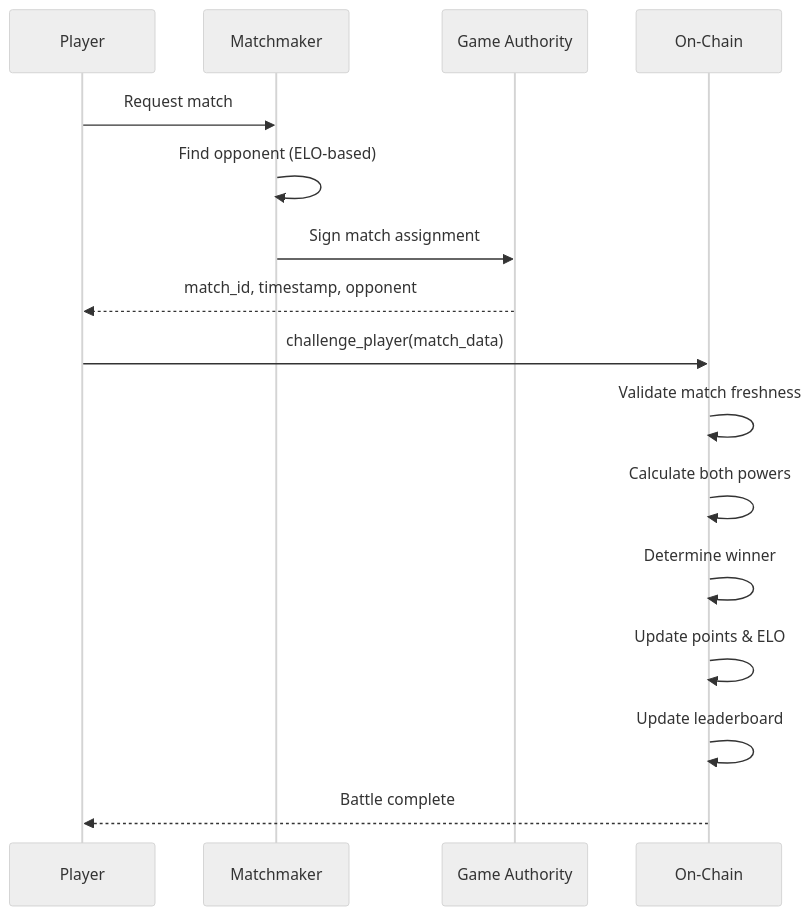
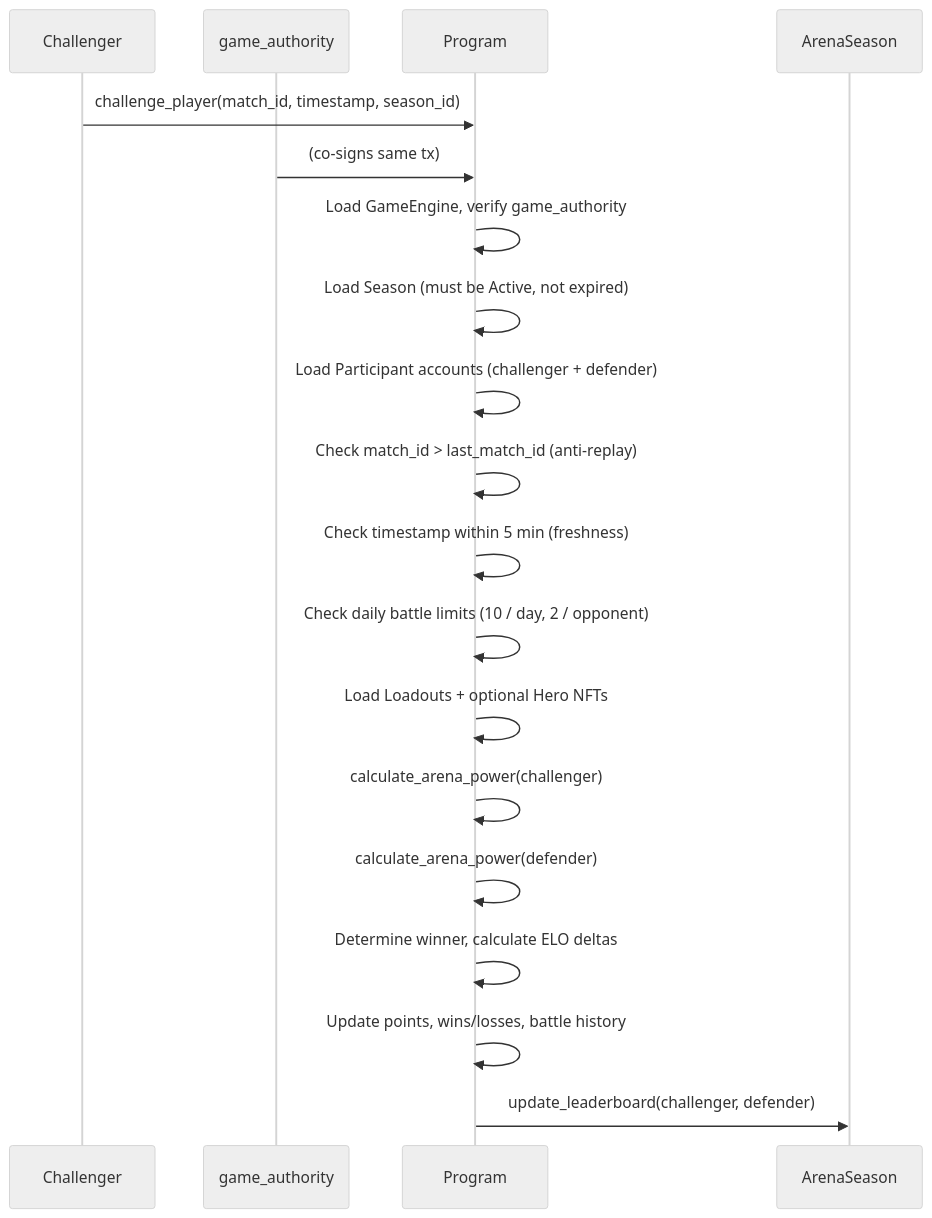
One commit to crypt0miester/novus-mundus changed the fifth of 5 diagrams in docs/onchain/04-systems/arena.md. Above: the diagram before and after it, drawn with Mermaid (neutral theme). The commit also changed other lines of this file and 259 other files, not shown here.

Commit message:
Add player journey game plan: narrative arc, the Steward, estate redesign and Market unbundling

````diff
--- a/docs/onchain/04-systems/arena.md
+++ b/docs/onchain/04-systems/arena.md
@@ -39,19 +311,22 @@
 ```mermaid
 sequenceDiagram
-    participant P as Player
-    participant MM as Matchmaker
-    participant GA as Game Authority
-    participant OC as On-Chain
+    participant C as Challenger
+    participant GA as game_authority
+    participant Prog as Program
+    participant Season as ArenaSeason
 
-    P->>MM: Request match
-    MM->>MM: Find opponent (ELO-based)
-    MM->>GA: Sign match assignment
-    GA-->>P: match_id, timestamp, opponent
-    P->>OC: challenge_player(match_data)
-    OC->>OC: Validate match freshness
-    OC->>OC: Calculate both powers
-    OC->>OC: Determine winner
-    OC->>OC: Update points & ELO
-    OC->>OC: Update leaderboard
-    OC-->>P: Battle complete
+    C->>Prog: challenge_player(match_id, timestamp, season_id)
+    GA->>Prog: (co-signs same tx)
+    Prog->>Prog: Load GameEngine, verify game_authority
+    Prog->>Prog: Load Season (must be Active, not expired)
+    Prog->>Prog: Load Participant accounts (challenger + defender)
+    Prog->>Prog: Check match_id > last_match_id (anti-replay)
+    Prog->>Prog: Check timestamp within 5 min (freshness)
+    Prog->>Prog: Check daily battle limits (10 / day, 2 / opponent)
+    Prog->>Prog: Load Loadouts + optional Hero NFTs
+    Prog->>Prog: calculate_arena_power(challenger)
+    Prog->>Prog: calculate_arena_power(defender)
+    Prog->>Prog: Determine winner, calculate ELO deltas
+    Prog->>Prog: Update points, wins/losses, battle history
+    Prog->>Season: update_leaderboard(challenger, defender)
 ```
````
